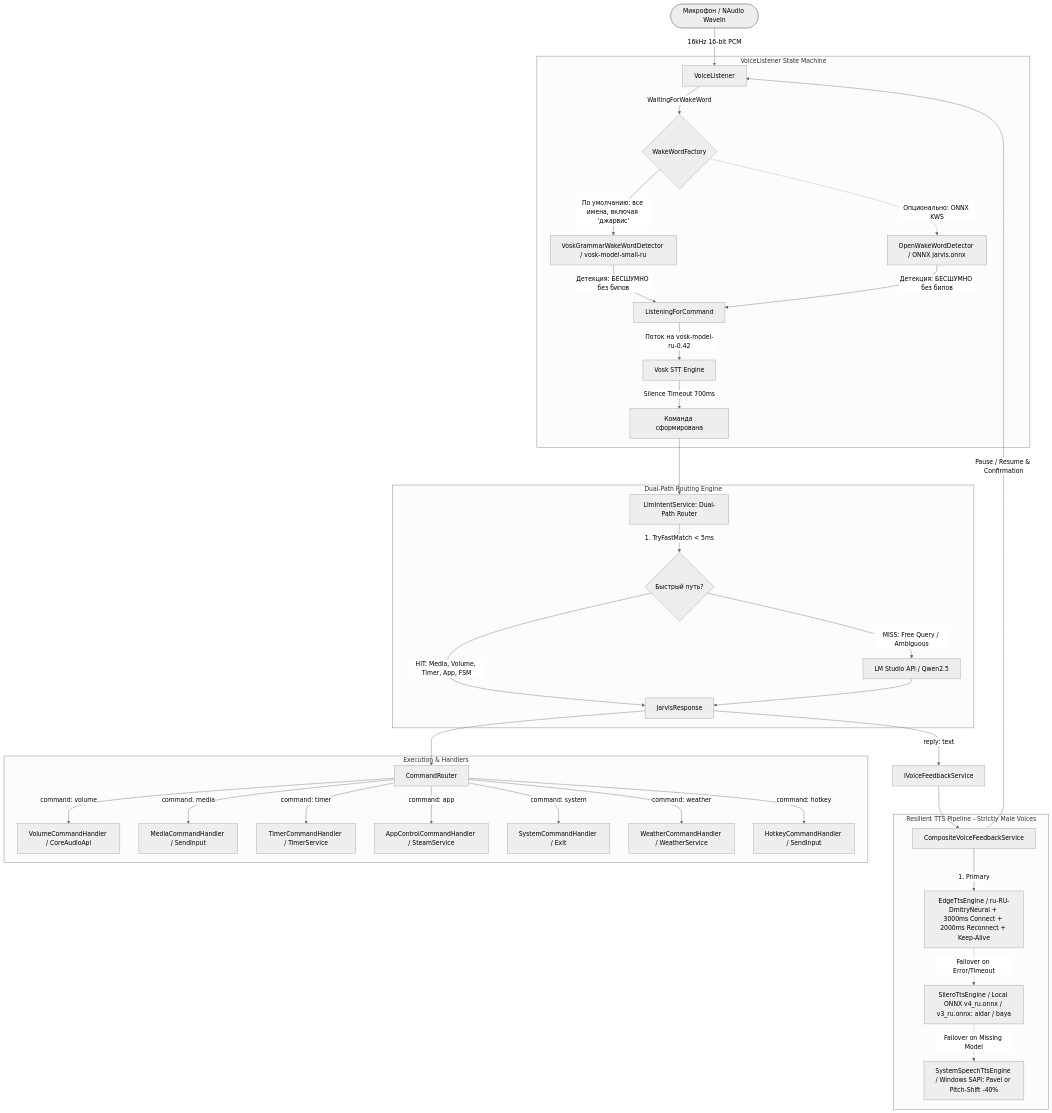
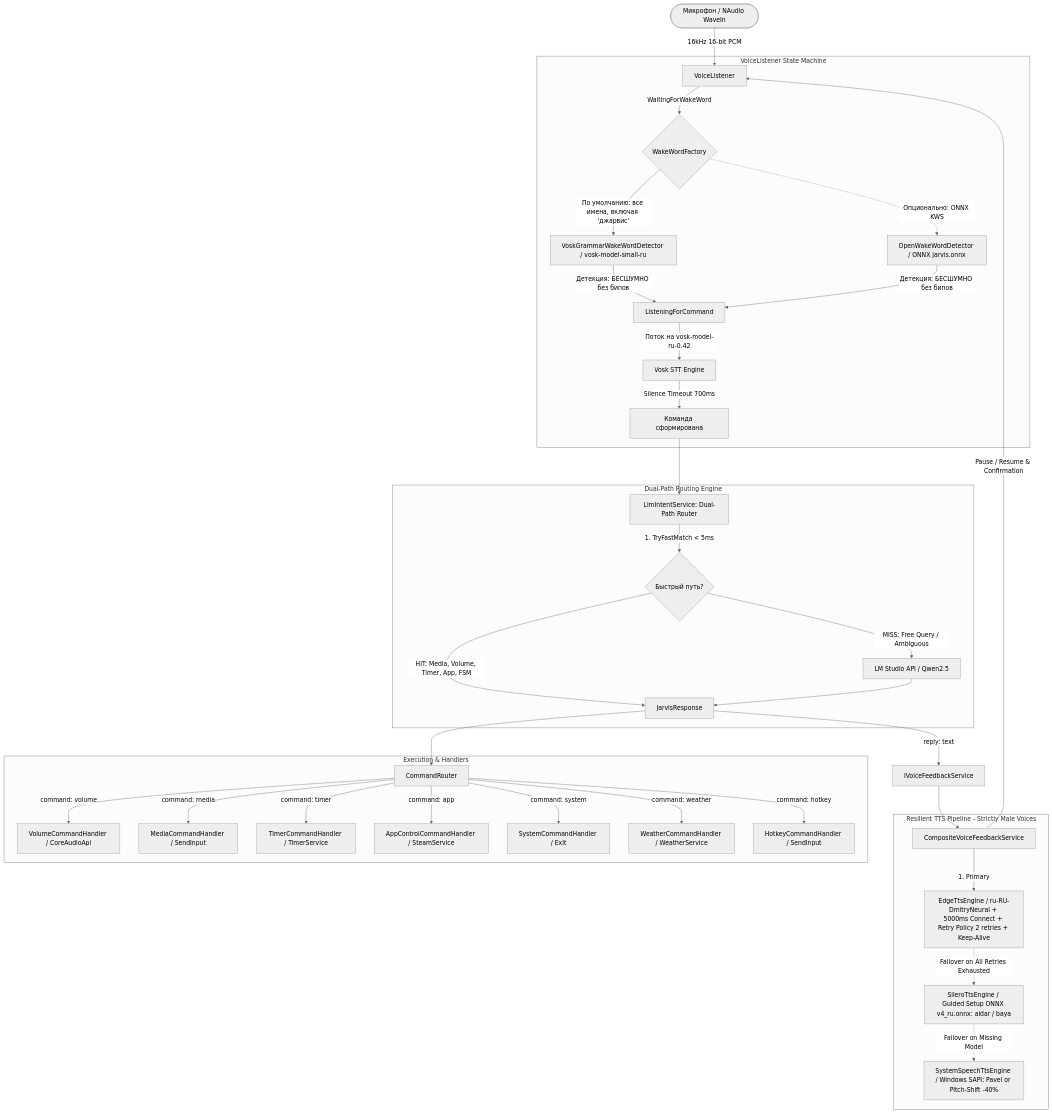
The first of 2 diagrams in ARCHITECTURE.md (SamuRush/GemHelper), drawn with Mermaid (neutral theme) before and after one commit. The commit also changed other lines of this file and 6 other files, not shown here.

Commit message:
fix: stabilize Edge-TTS with retry policy, replace Silero auto-downloader with guided setup, fix Vosk UTF-8

````diff
--- a/ARCHITECTURE.md
+++ b/ARCHITECTURE.md
@@ -11,46 +11,46 @@
 ```mermaid
 flowchart TD
     MIC([Микрофон / NAudio WaveIn]) -->|16kHz 16-bit PCM| VL[VoiceListener]
     
     subgraph VoiceListener_FSM [VoiceListener State Machine]
         VL -->|WaitingForWakeWord| WWF{WakeWordFactory}
         WWF -->|По умолчанию: все имена, включая 'джарвис'| VOSK_WW[VoskGrammarWakeWordDetector / vosk-model-small-ru]
         WWF -.->|Опционально: ONNX KWS| ONNX_WW[OpenWakeWordDetector / ONNX jarvis.onnx]
         
         VOSK_WW -->|Детекция: БЕСШУМНО без бипов| ACL[ListeningForCommand]
         ONNX_WW -->|Детекция: БЕСШУМНО без бипов| ACL
         ACL -->|Поток на vosk-model-ru-0.42| VOSK[Vosk STT Engine]
         VOSK -->|Silence Timeout 700ms| CMD_READY[Команда сформирована]
     end
 
     CMD_READY --> DUAL_PATH[LlmIntentService: Dual-Path Router]
 
     subgraph Routing_Engine [Dual-Path Routing Engine]
         DUAL_PATH -->|1. TryFastMatch < 5ms| FAST{Быстрый путь?}
         FAST -->|HIT: Media, Volume, Timer, App, FSM| DIRECT_RESP[JarvisResponse]
         FAST -->|MISS: Free Query / Ambiguous| LLM_CALL[LM Studio API / Qwen2.5]
         LLM_CALL --> DIRECT_RESP
     end
 
     DIRECT_RESP --> ROUTER[CommandRouter]
     
     subgraph Execution_Layer [Execution & Handlers]
         ROUTER -->|command: volume| VOL_H[VolumeCommandHandler / CoreAudioApi]
         ROUTER -->|command: media| MED_H[MediaCommandHandler / SendInput]
         ROUTER -->|command: timer| TIM_H[TimerCommandHandler / TimerService]
         ROUTER -->|command: app| APP_H[AppControlCommandHandler / SteamService]
         ROUTER -->|command: system| SYS_H[SystemCommandHandler / Exit]
         ROUTER -->|command: weather| WTH_H[WeatherCommandHandler / WeatherService]
         ROUTER -->|command: hotkey| HTK_H[HotkeyCommandHandler / SendInput]
     end
 
     DIRECT_RESP -->|reply: text| VFS[IVoiceFeedbackService]
     VFS --> TTS[CompositeVoiceFeedbackService]
 
     subgraph TTS_Pipeline [Resilient TTS Pipeline - Strictly Male Voices]
-        TTS -->|1. Primary| EDGE[EdgeTtsEngine / ru-RU-DmitryNeural + 3000ms Connect + 2000ms Reconnect + Keep-Alive]
-        EDGE -.->|Failover on Error/Timeout| SILERO[SileroTtsEngine / Local ONNX v4_ru.onnx / v3_ru.onnx: aidar / baya]
+        TTS -->|1. Primary| EDGE[EdgeTtsEngine / ru-RU-DmitryNeural + 5000ms Connect + Retry Policy 2 retries + Keep-Alive]
+        EDGE -.->|Failover on All Retries Exhausted| SILERO[SileroTtsEngine / Guided Setup ONNX v4_ru.onnx: aidar / baya]
         SILERO -.->|Failover on Missing Model| SAPI[SystemSpeechTtsEngine / Windows SAPI: Pavel or Pitch-Shift -40%]
         TTS -->|Pause / Resume & Confirmation| VL
     end
 ```
````
